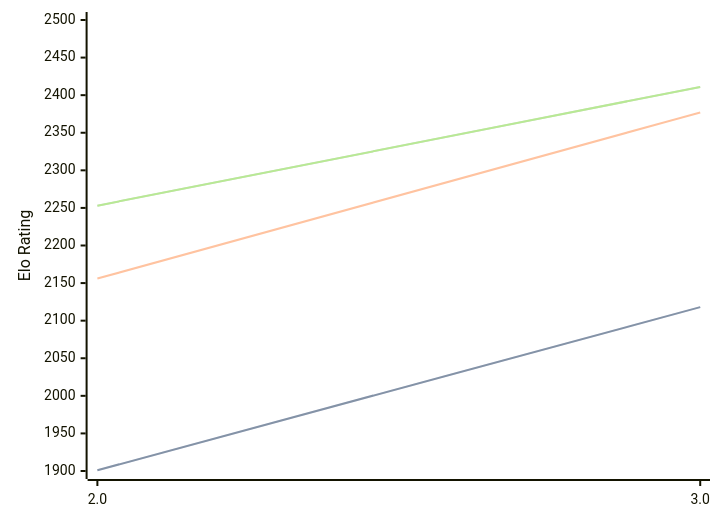
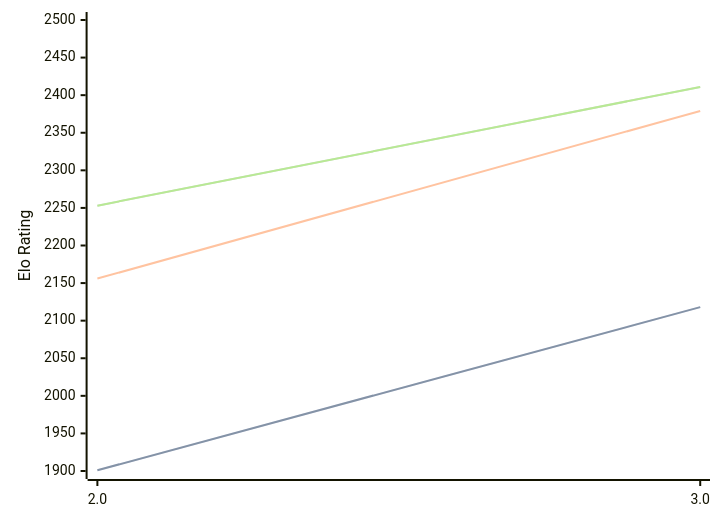
The diagram in engines/Zeno.md (computer-chess-index/cci), drawn with Mermaid before and after one commit. The commit also changed other lines of this file, not shown here.

````diff
--- a/engines/Zeno.md
+++ b/engines/Zeno.md
@@ -32,11 +32,11 @@
 ```mermaid
 %%{init: {"theme":"base","themeVariables":{"seriesColors:['#a3a3a3','#222221','#faa371']}}}%%
 xychart-beta
   x-axis ["2.0", "3.0"]
   y-axis "Elo Rating" 1900 --> 2500
   line "" [1901, 2118]
   line "STC (8.0+0.08s)" [1901, 2118]
-  line "LTC (60.0+0.60s)" [2156, 2377]
+  line "LTC (60.0+0.60s)" [2156, 2379]
   line "" [2253, 2411]
   line "VLTC (2m24s+1.12s)" [2253, 2411]
 ```
````
